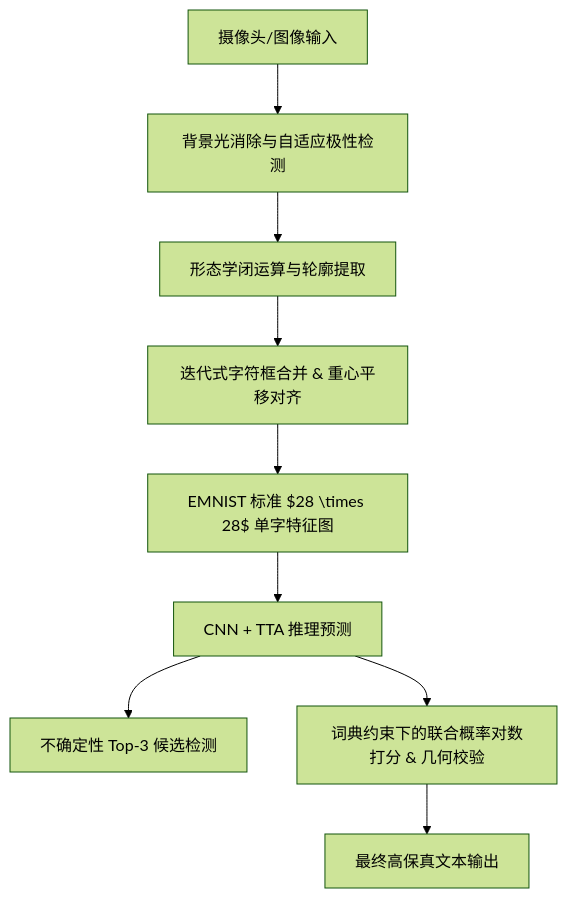
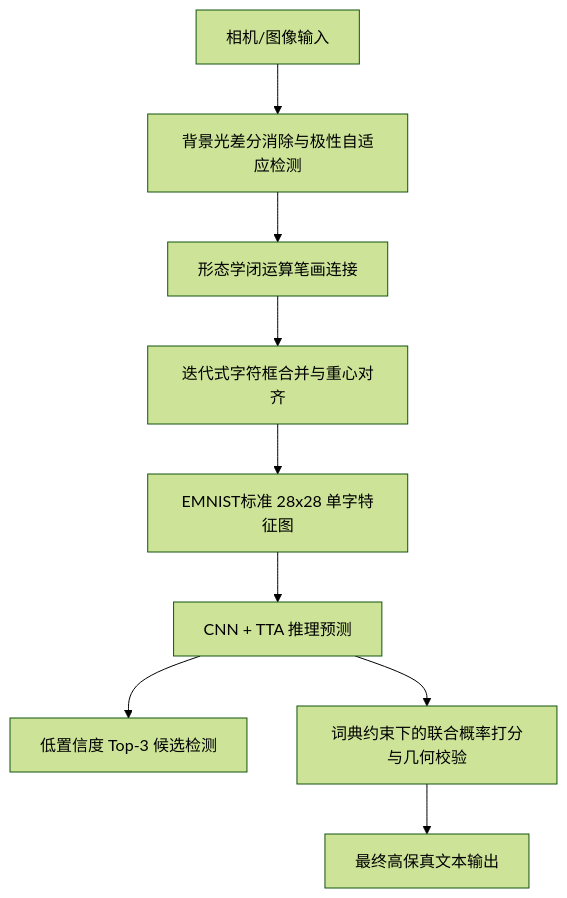
The diagram in README.md (DongFengPo1412/Multi-class-Handwritten-Character-Recognition-System-Based-on-CNN), drawn with Mermaid (forest theme) before and after one commit. The commit also changed other lines of this file and 2 other files, not shown here.

````diff
--- a/README.md
+++ b/README.md
@@ -25,11 +26,11 @@
 ```mermaid
 graph TD
-    A[摄像头/图像输入] --> B[背景光消除与自适应极性检测]
-    B --> C[形态学闭运算与轮廓提取]
-    C --> D[迭代式字符框合并 & 重心平移对齐]
-    D --> E[EMNIST 标准 $28 \times 28$ 单字特征图]
+    A[相机/图像输入] --> B[背景光差分消除与极性自适应检测]
+    B --> C[形态学闭运算笔画连接]
+    C --> D[迭代式字符框合并与重心对齐]
+    D --> E[EMNIST标准 28x28 单字特征图]
     E --> F[CNN + TTA 推理预测]
-    F --> G[不确定性 Top-3 候选检测]
-    F --> H[词典约束下的联合概率对数打分 & 几何校验]
+    F --> G[低置信度 Top-3 候选检测]
+    F --> H[词典约束下的联合概率打分与几何校验]
     H --> I[最终高保真文本输出]
 ```
````
